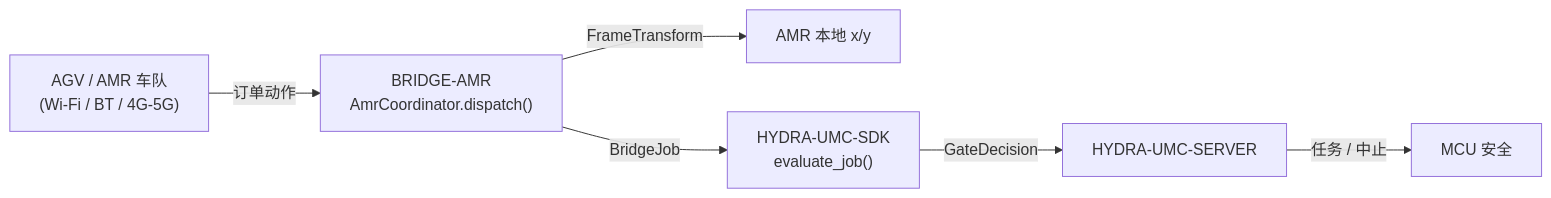
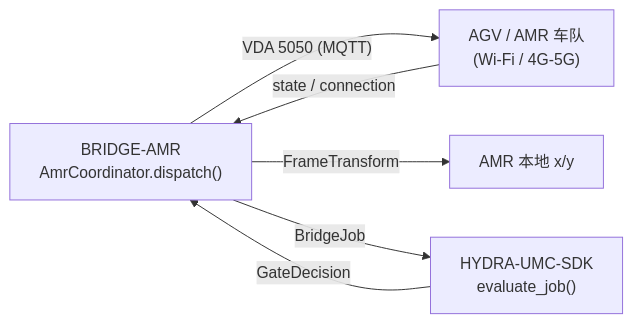
The diagram in README_zho.md (JuanenRac/HYDRA-UMC-BRIDGE-AMR), drawn with Mermaid before and after one commit. The commit also changed other lines of this file and 22 other files, not shown here.

Commit message:
Send VDA 5050 action names, give the MQTT client an id and wait for the broker, add the state/connection observer and keep orders valid JSON (0.1.1)

````diff
--- a/README_zho.md
+++ b/README_zho.md
@@ -50,8 +51,8 @@
 ```mermaid
 flowchart LR
-    AMR["AGV / AMR 车队<br/>(Wi-Fi / BT / 4G-5G)"] -- "订单动作" --> BRIDGE["BRIDGE-AMR<br/>AmrCoordinator.dispatch()"]
+    BRIDGE["BRIDGE-AMR<br/>AmrCoordinator.dispatch()"] -- "VDA 5050 (MQTT)" --> AMR["AGV / AMR 车队<br/>(Wi-Fi / 4G-5G)"]
+    AMR -- "state / connection" --> BRIDGE
     BRIDGE -- "FrameTransform" --> LOCAL["AMR 本地 x/y"]
     BRIDGE -- BridgeJob --> SDK["HYDRA-UMC-SDK<br/>evaluate_job()"]
-    SDK -- GateDecision --> SERVER["HYDRA-UMC-SERVER"]
-    SERVER -- "任务 / 中止" --> MCU["MCU 安全"]
+    SDK -- GateDecision --> BRIDGE
 ```
````
